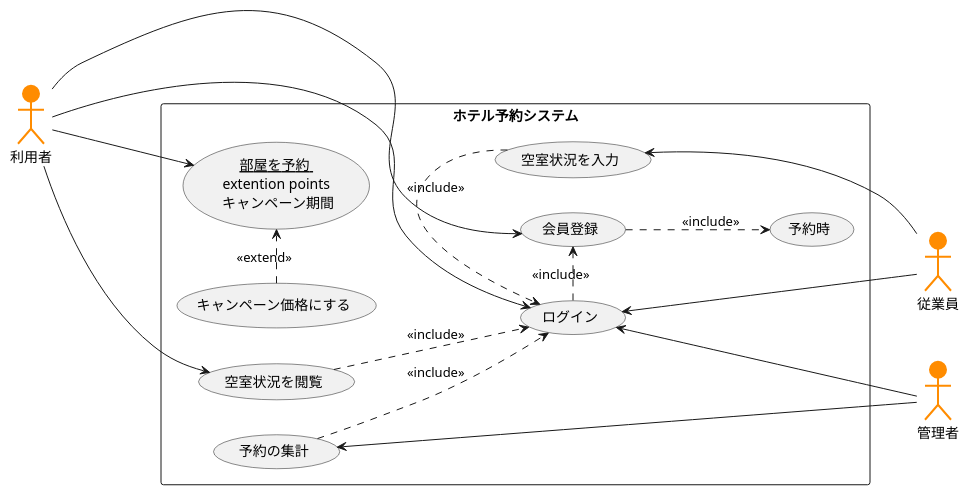
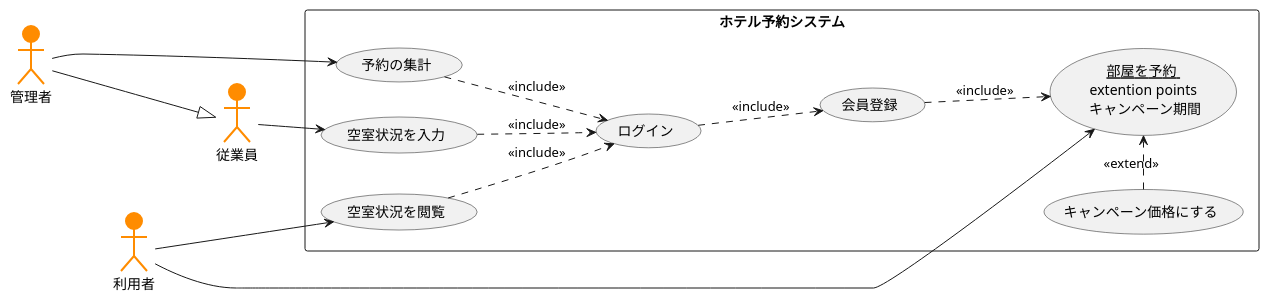
The diagram in 演習2-8_UC_ホテル予約システム.pu (isikawayuto/uml-introduction), drawn with PlantUML before and after one commit.

Commit message:
演習2-8

```diff
--- a/演習2-8_UC_ホテル予約システム.pu
+++ b/演習2-8_UC_ホテル予約システム.pu
@@ -1,30 +1,26 @@
 @startuml ユースケース図
 left to right direction
 actor 利用者 #ff8c00;line:Darkorange;line.bold;
 actor 従業員 #ff8c00;line:Darkorange;line.bold;
 actor 管理者 #ff8c00;line:Darkorange;line.bold;
 rectangle ホテル予約システム{
 usecase 空室状況を閲覧
 usecase (<u>部屋を予約<u> \n extention points \n キャンペーン期間) as input
 usecase 空室状況を入力
 usecase 予約の集計
 usecase 会員登録
 usecase ログイン
 usecase キャンペーン価格にする
-usecase 予約時
 }
 キャンペーン価格にする .> input: <<extend>>
-利用者 --> input
+利用者 ---> input
 利用者 ---> 空室状況を閲覧
 空室状況を閲覧 ..> ログイン: <<include>>
-空室状況を入力 <--- 従業員
-空室状況を入力 .> ログイン: <<include>>
-利用者 --> 会員登録
-利用者 ---> ログイン
-ログイン <-- 従業員
-ログイン <--- 管理者
-ログイン .> 会員登録: <<include>>
-予約の集計 <--- 管理者
+従業員 --> 空室状況を入力
+空室状況を入力 ..> ログイン: <<include>>
+ログイン ..> 会員登録: <<include>>
+管理者 -> 予約の集計
 予約の集計 ..> ログイン: <<include>>
-会員登録 ..> 予約時: <<include>>
+会員登録 ..> input: <<include>>
+管理者 ---|> 従業員
 @enduml
```
